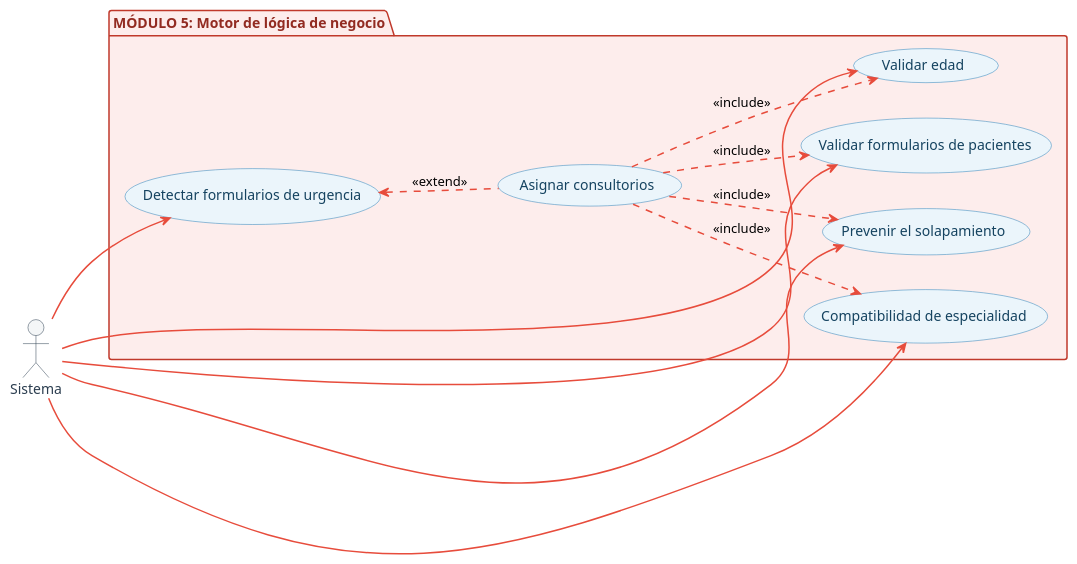
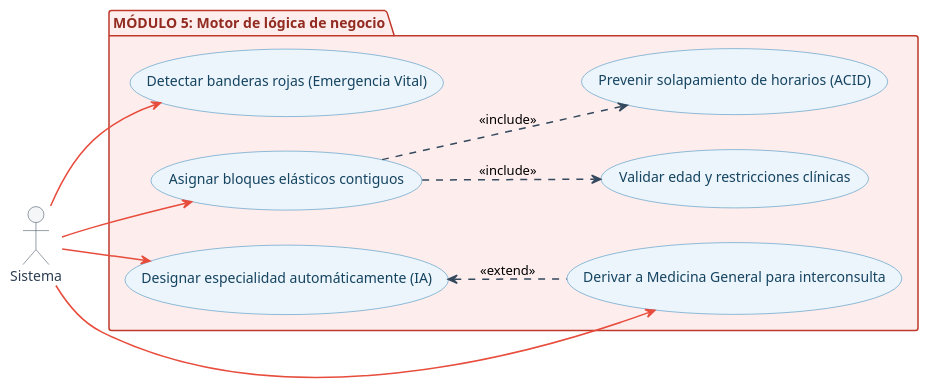
One commit to aron-quito/si-salud changed the diagram in docs/diagrams/casos_de_uso/modulo_5_logica_negocio.puml. Above: the diagram before and after it, drawn with PlantUML. The commit also changed 21 other files, not shown here.

```diff
--- a/docs/diagrams/casos_de_uso/modulo_5_logica_negocio.puml
+++ b/docs/diagrams/casos_de_uso/modulo_5_logica_negocio.puml
@@ -1,49 +1,46 @@
 @startuml
 left to right direction
 
 skinparam shadowing false
 skinparam actor {
   BackgroundColor #F4F6F7
   BorderColor #2C3E50
   FontColor #2C3E50
 }
 skinparam usecase {
   BackgroundColor #EBF5FB
   BorderColor #2980B9
   FontColor #154360
   ArrowColor #2980B9
 }
 skinparam arrow {
   Color #34495E
   Thickness 1.5
 }
 skinparam package {
   BackgroundColor #FDEDEC
   BorderColor #C0392B
   FontColor #922B21
 }
 
 
 actor "Sistema" as Sis
 
 package "MÓDULO 5: Motor de lógica de negocio" {
-  usecase "Detectar formularios de urgencia" as UC1
-  usecase "Asignar consultorios" as UC2
-  usecase "Validar edad" as UC3
-  usecase "Validar formularios de pacientes" as UC4
-  usecase "Prevenir el solapamiento" as UC5
-  usecase "Compatibilidad de especialidad" as UC6
+  usecase "Detectar banderas rojas (Emergencia Vital)" as UC1
+  usecase "Asignar bloques elásticos contiguos" as UC2
+  usecase "Validar edad y restricciones clínicas" as UC3
+  usecase "Prevenir solapamiento de horarios (ACID)" as UC5
+  usecase "Designar especialidad automáticamente (IA)" as UC6
+  usecase "Derivar a Medicina General para interconsulta" as UC7
 }
 
-UC1 <.[#E74C3C]. UC2 : <<extend>>
-UC2 .[#E74C3C].> UC3 : <<include>>
-UC2 .[#E74C3C].> UC4 : <<include>>
-UC2 .[#E74C3C].> UC5 : <<include>>
-UC2 .[#E74C3C].> UC6 : <<include>>
+UC6 <.. UC7 : <<extend>>
+UC2 ..> UC3 : <<include>>
+UC2 ..> UC5 : <<include>>
 
 Sis -[#E74C3C]-> UC1
-Sis -[#E74C3C]-> UC3
-Sis -[#E74C3C]-> UC4
-Sis -[#E74C3C]-> UC5
+Sis -[#E74C3C]-> UC2
 Sis -[#E74C3C]-> UC6
+Sis -[#E74C3C]-> UC7
 @enduml
```
